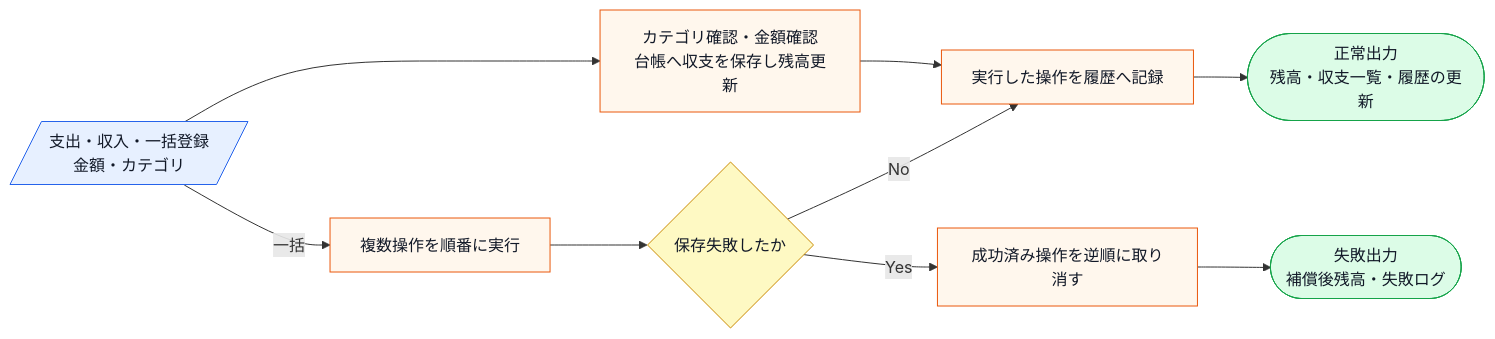
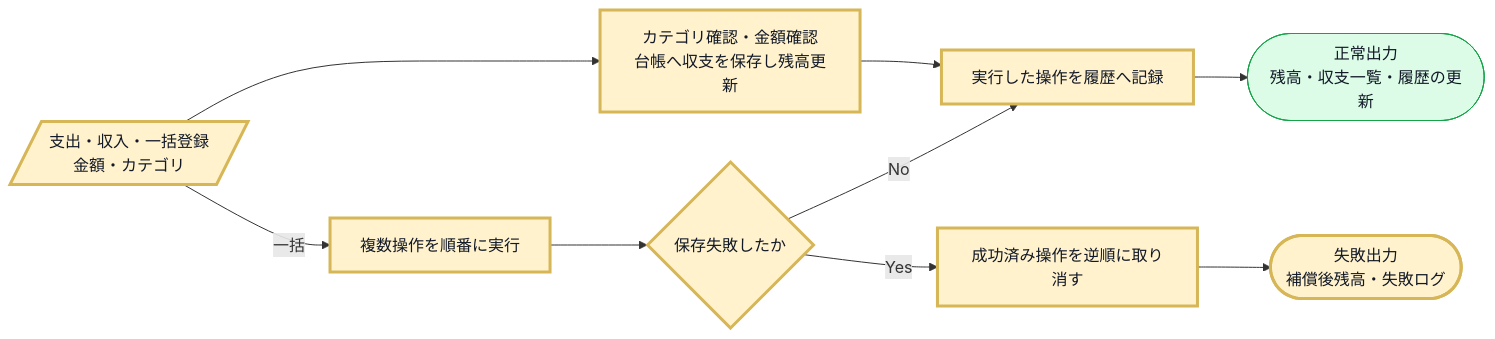
One commit to kumachan1101-pixel/DesignPattern changed the seventh of 21 diagrams in kindle/design-patterns/output/chapter05.md. Above: the diagram before and after it, drawn with Mermaid. The commit also changed other lines of this file and 23 other files, not shown here.

````diff
--- a/kindle/design-patterns/output/chapter05.md
+++ b/kindle/design-patterns/output/chapter05.md
@@ -657,16 +668,20 @@
 ```mermaid
 flowchart LR
+    classDef changed fill:#fff2cc,stroke:#d6b656,stroke-width:3px,color:#111827;
+    classDef changed fill:#fff2cc,stroke:#d6b656,stroke-width:3px,color:#111827;
     A[/支出・収入・一括登録<br>金額・カテゴリ/]:::input --> C[カテゴリ確認・金額確認<br>台帳へ収支を保存し残高更新]:::process
     C --> D[実行した操作を履歴へ記録]:::process
     D --> E([正常出力<br>残高・収支一覧・履歴の更新]):::normal
     A -->|一括| M[複数操作を順番に実行]:::process
     M --> N{保存失敗したか}:::decision
     N -->|No| D
     N -->|Yes| O[成功済み操作を逆順に取り消す]:::process
     O --> P([失敗出力<br>補償後残高・失敗ログ]):::normal
 
+    class A,C,D,M,N,O,P changed;
+
     classDef input fill:#e7f0ff,stroke:#2563eb,color:#111827;
     classDef process fill:#fff7ed,stroke:#ea580c,color:#111827;
     classDef decision fill:#fef9c3,stroke:#ca8a04,color:#111827;
     classDef normal fill:#dcfce7,stroke:#16a34a,color:#111827;
 ```
````
